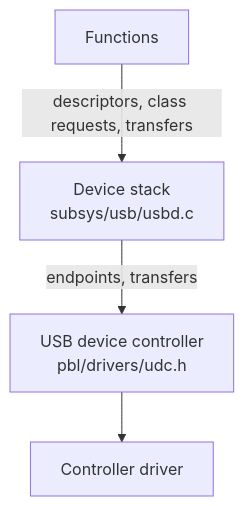
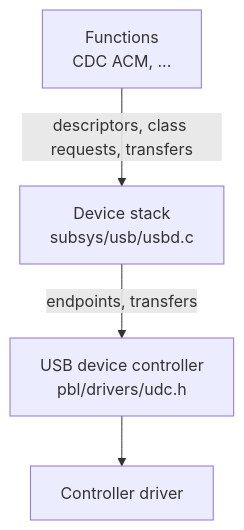
One commit to coredevices/PebbleOS changed the diagram in docs/subsystems/usb.md. Above: the diagram before and after it, drawn with Mermaid. The commit also changed other lines of this file and 4 other files, not shown here.

````diff
--- a/docs/subsystems/usb.md
+++ b/docs/subsystems/usb.md
@@ -7,10 +7,10 @@
 ```{mermaid}
 flowchart TD
-  fn["Functions"]
+  fn["Functions<br/>CDC ACM, ..."]
   usbd["Device stack<br/>subsys/usb/usbd.c"]
   udc["USB device controller<br/>pbl/drivers/udc.h"]
   drv["Controller driver"]
   fn -- "descriptors, class requests, transfers" --> usbd
   usbd -- "endpoints, transfers" --> udc
   udc --> drv
 ```
````
